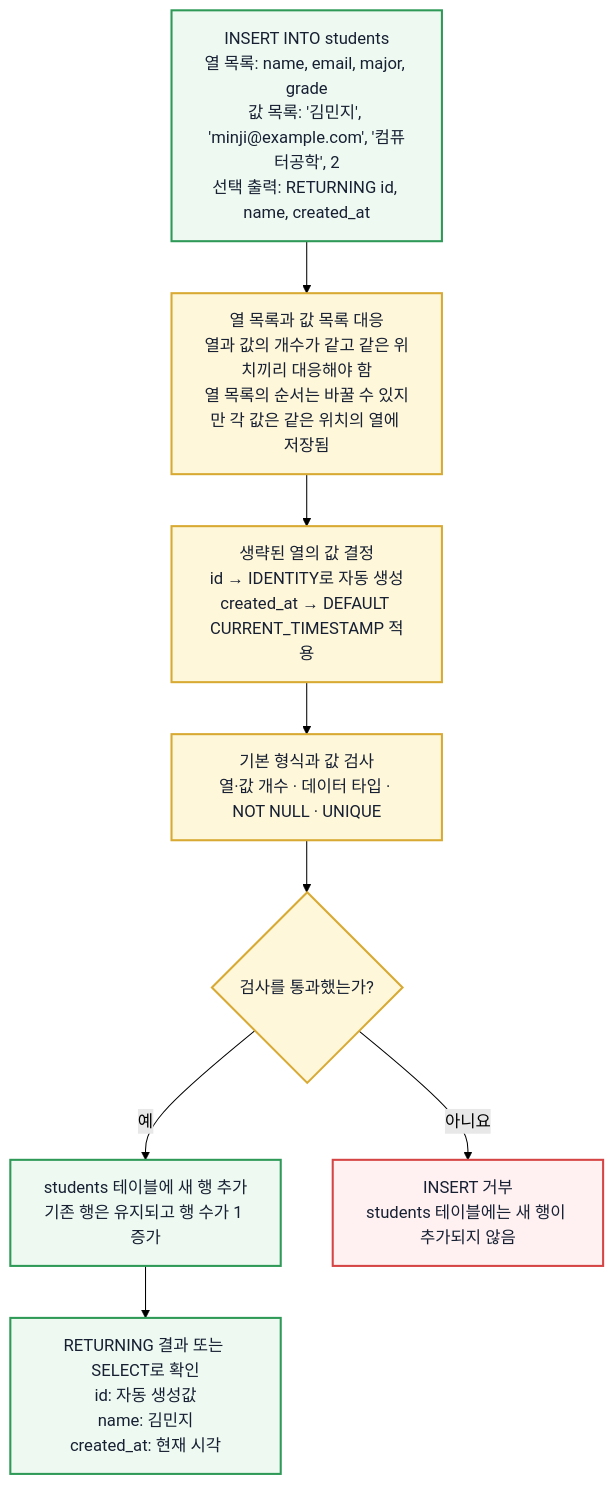
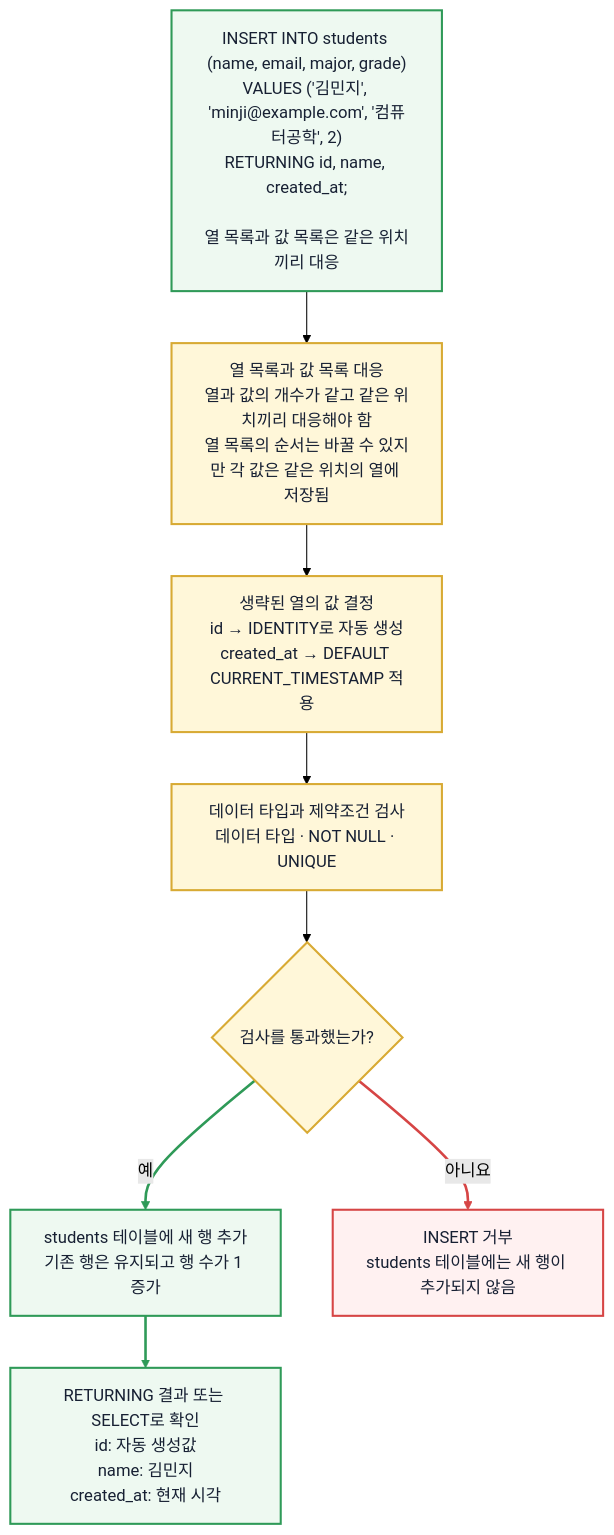
The diagram in images/chapter04/ch04_03_insert_row_flow.mmd (GilbertMoon/ai-database-book), drawn with Mermaid (forest theme) before and after one commit.

Commit message:
Keep INSERT flow source aligned with revised SVG

```diff
--- a/images/chapter04/ch04_03_insert_row_flow.mmd
+++ b/images/chapter04/ch04_03_insert_row_flow.mmd
@@ -1,25 +1,28 @@
 flowchart TD
-    A["INSERT INTO students<br/>열 목록: name, email, major, grade<br/>값 목록: '김민지', 'minji@example.com', '컴퓨터공학', 2<br/>선택 출력: RETURNING id, name, created_at"]
+    A["INSERT INTO students (name, email, major, grade)<br/>VALUES ('김민지', 'minji@example.com', '컴퓨터공학', 2)<br/>RETURNING id, name, created_at;<br/><br/>열 목록과 값 목록은 같은 위치끼리 대응"]
     B["열 목록과 값 목록 대응<br/>열과 값의 개수가 같고 같은 위치끼리 대응해야 함<br/>열 목록의 순서는 바꿀 수 있지만 각 값은 같은 위치의 열에 저장됨"]
     C["생략된 열의 값 결정<br/>id → IDENTITY로 자동 생성<br/>created_at → DEFAULT CURRENT_TIMESTAMP 적용"]
-    D["기본 형식과 값 검사<br/>열·값 개수 · 데이터 타입 · NOT NULL · UNIQUE"]
+    D["데이터 타입과 제약조건 검사<br/>데이터 타입 · NOT NULL · UNIQUE"]
     E{"검사를 통과했는가?"}
     F["students 테이블에 새 행 추가<br/>기존 행은 유지되고 행 수가 1 증가"]
     G["RETURNING 결과 또는 SELECT로 확인<br/>id: 자동 생성값<br/>name: 김민지<br/>created_at: 현재 시각"]
     H["INSERT 거부<br/>students 테이블에는 새 행이 추가되지 않음"]
 
     A --> B --> C --> D --> E
     E -- 예 --> F --> G
     E -- 아니요 --> H
 
     classDef insert fill:#eef9f1,stroke:#2f9a58,stroke-width:2px,color:#172033;
     classDef check fill:#fff7d9,stroke:#d8aa34,stroke-width:2px,color:#172033;
     classDef ok fill:#eef9f1,stroke:#2f9a58,stroke-width:2px,color:#172033;
     classDef bad fill:#fff1f1,stroke:#d64545,stroke-width:2px,color:#172033;
     classDef decision fill:#fff7d9,stroke:#d8aa34,stroke-width:2px,color:#172033;
 
     class A insert;
     class B,C,D check;
     class E decision;
     class F,G ok;
     class H bad;
+
+    linkStyle 4,5 stroke:#2f9a58,stroke-width:2.5px;
+    linkStyle 6 stroke:#d64545,stroke-width:2.5px;
```
